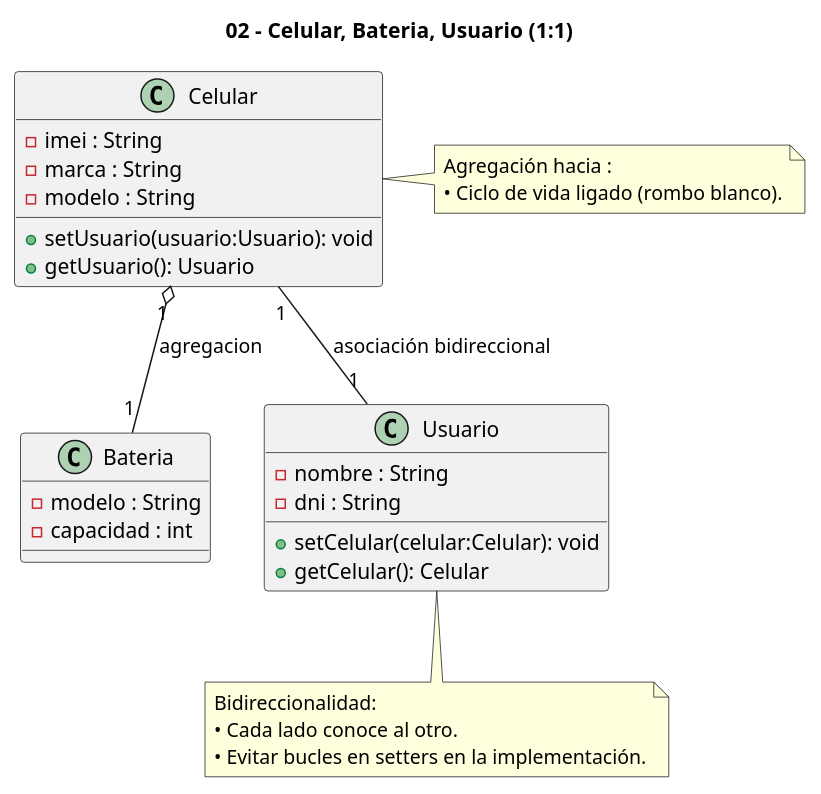
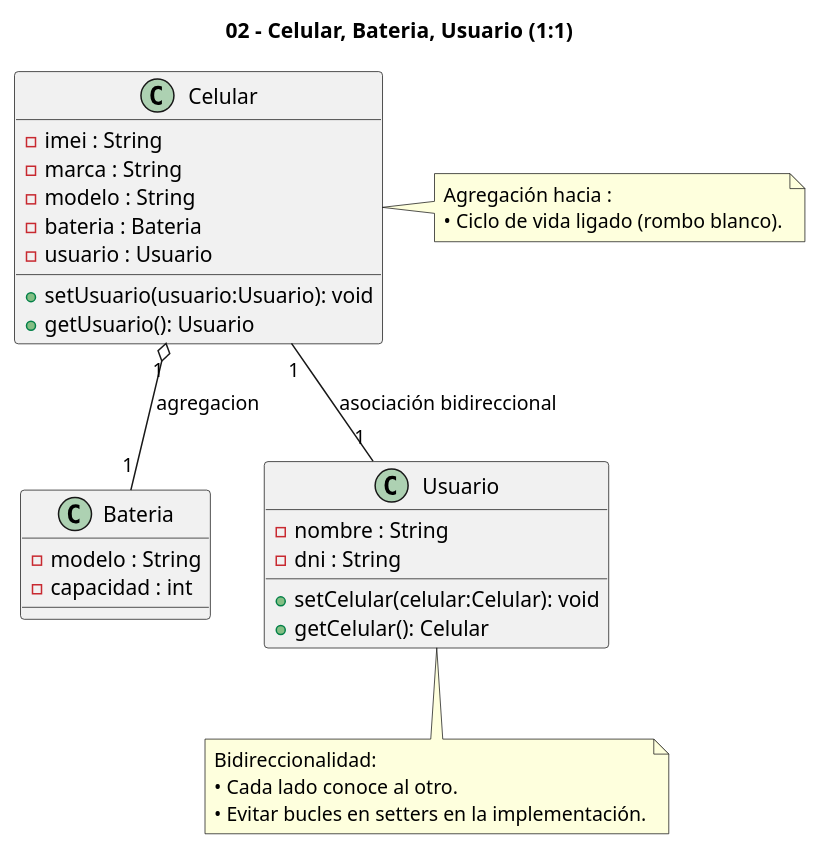
One commit to guillecampoy/tp5-UML changed the diagram in docs/uml/plantuml/02-celular-bateria-usuario.puml. Above: the diagram before and after it, drawn with PlantUML. The commit also changed 3 other files, not shown here.

Commit message:
Refactor de ejercicio 1 y 2 Faltó incluir en el UML los atributos de tipo objeto Se re generan imágenes, se ajustan archivos de puml de cada ejercicios

```diff
--- a/docs/uml/plantuml/02-celular-bateria-usuario.puml
+++ b/docs/uml/plantuml/02-celular-bateria-usuario.puml
@@ -1,44 +1,46 @@
 @startuml
 title 02 - Celular, Bateria, Usuario (1:1)
 
 ' Estilo de lectura
 skinparam classAttributeIconVisibility false
 
 ' Clases y atributos mínimos según el enunciado
 class Celular {
   - imei : String
   - marca : String
   - modelo : String
+  - bateria : Bateria
+  - usuario : Usuario
   + setUsuario(usuario:Usuario): void
   + getUsuario(): Usuario
 }
 class Bateria {
   - modelo : String
   - capacidad : int
 }
 class Usuario {
   - nombre : String
   - dni : String
   + setCelular(celular:Celular): void
   + getCelular(): Celular
 }
 
 ' Agregación: el Celular "posee" la Batería (ciclo de vida dependiente)
 Celular "1" o-- "1" Bateria : agregacion
 
 ' Asociación bidireccional 1:1 entre Celular y Usuario
 Celular "1" -- "1" Usuario : asociación bidireccional
 
 ' Notas (opcional)
 note right of Celular
   Agregación hacia :
   • Ciclo de vida ligado (rombo blanco).
 end note
 
 note as N1
   Bidireccionalidad:
   • Cada lado conoce al otro.
   • Evitar bucles en setters en la implementación.
 end note
 Usuario .. N1
 @enduml
```
